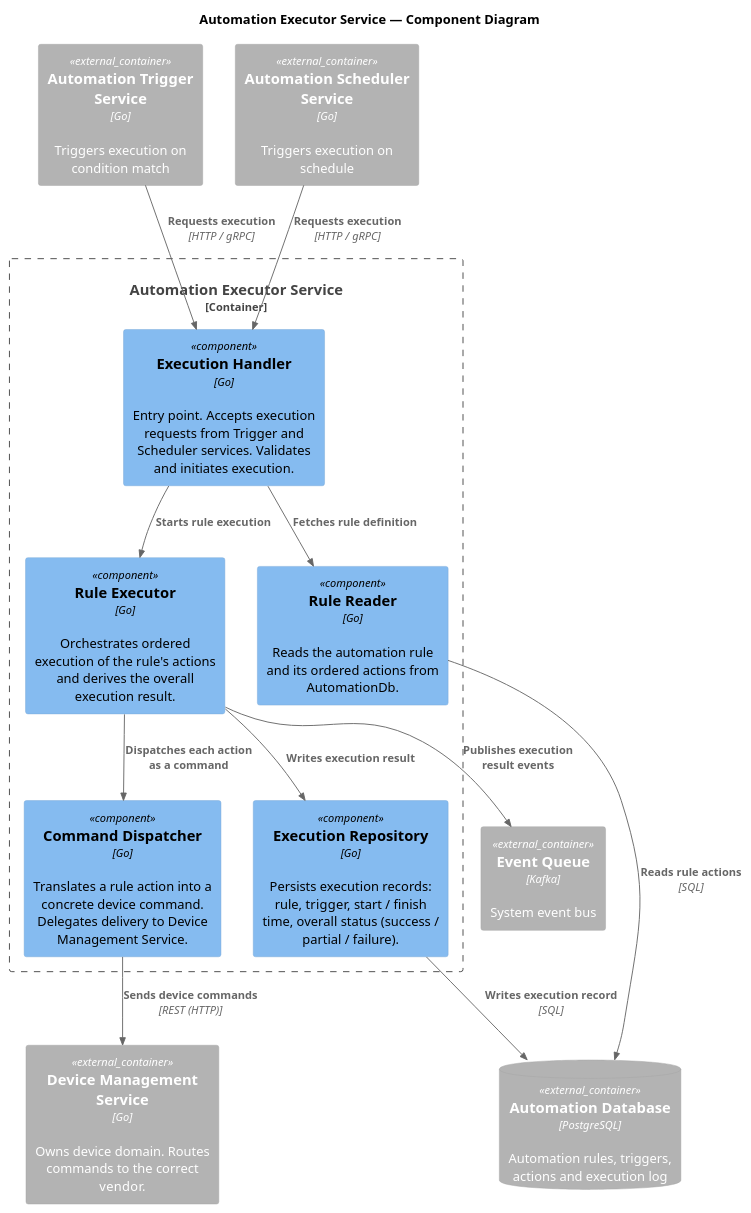
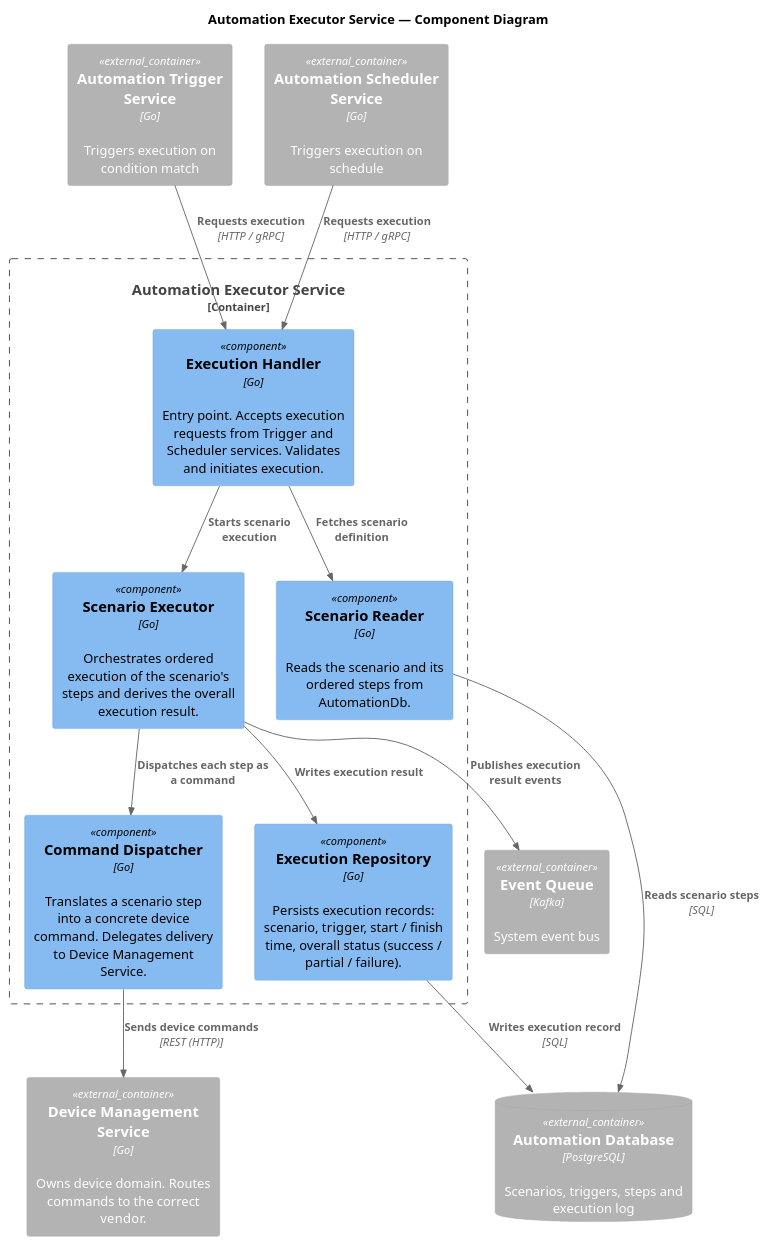
The diagram in diagrams/components/automation_executor_service.puml (eugene-milostivenko/arch_01), drawn with PlantUML before and after one commit. The commit also changed 6 other files, not shown here.

Commit message:
ref diagrams

```diff
--- a/diagrams/components/automation_executor_service.puml
+++ b/diagrams/components/automation_executor_service.puml
@@ -1,41 +1,41 @@
 @startuml
 title Automation Executor Service — Component Diagram
 top to bottom direction
 !include https://raw.githubusercontent.com/plantuml-stdlib/C4-PlantUML/master/C4_Component.puml
 
 ' ── External containers ───────────────────────────────────────────────────────
 Container_Ext(AutomationTriggerSvc,    "Automation Trigger Service",    "Go",        "Triggers execution on condition match")
 Container_Ext(AutomationSchedulerSvc,  "Automation Scheduler Service",  "Go",        "Triggers execution on schedule")
 Container_Ext(DeviceManagementSvc,     "Device Management Service",     "Go",        "Owns device domain. Routes commands to the correct vendor.")
 Container_Ext(EventQueue,              "Event Queue",                   "Kafka",     "System event bus")
-ContainerDb_Ext(AutomationDb,          "Automation Database",           "PostgreSQL","Automation rules, triggers, actions and execution log")
+ContainerDb_Ext(AutomationDb,          "Automation Database",           "PostgreSQL","Scenarios, triggers, steps and execution log")
 
 ' ── Automation Executor Service boundary ─────────────────────────────────────
 Container_Boundary(AutomationExecutorService, "Automation Executor Service") {
 
   Component(ExecutionHandler,    "Execution Handler",     "Go",            "Entry point. Accepts execution requests from Trigger and Scheduler services. Validates and initiates execution.")
-  Component(RuleReader,          "Rule Reader",           "Go",            "Reads the automation rule and its ordered actions from AutomationDb.")
-  Component(RuleExecutor,        "Rule Executor",         "Go",            "Orchestrates ordered execution of the rule's actions and derives the overall execution result.")
-  Component(CommandDispatcher,   "Command Dispatcher",    "Go",            "Translates a rule action into a concrete device command. Delegates delivery to Device Management Service.")
-  Component(ExecutionRepository, "Execution Repository",  "Go",            "Persists execution records: rule, trigger, start / finish time, overall status (success / partial / failure).")
+  Component(ScenarioReader,      "Scenario Reader",       "Go",            "Reads the scenario and its ordered steps from AutomationDb.")
+  Component(ScenarioExecutor,    "Scenario Executor",     "Go",            "Orchestrates ordered execution of the scenario's steps and derives the overall execution result.")
+  Component(CommandDispatcher,   "Command Dispatcher",    "Go",            "Translates a scenario step into a concrete device command. Delegates delivery to Device Management Service.")
+  Component(ExecutionRepository, "Execution Repository",  "Go",            "Persists execution records: scenario, trigger, start / finish time, overall status (success / partial / failure).")
 }
 
 ' ── Relations: inbound ───────────────────────────────────────────────────────
 Rel(AutomationTriggerSvc,   ExecutionHandler, "Requests execution", "HTTP / gRPC")
 Rel(AutomationSchedulerSvc, ExecutionHandler, "Requests execution", "HTTP / gRPC")
 
 ' ── Relations: internal ──────────────────────────────────────────────────────
-Rel(ExecutionHandler,  RuleReader,           "Fetches rule definition")
-Rel(ExecutionHandler,  RuleExecutor,         "Starts rule execution")
+Rel(ExecutionHandler,  ScenarioReader,       "Fetches scenario definition")
+Rel(ExecutionHandler,  ScenarioExecutor,     "Starts scenario execution")
 
-Rel(RuleExecutor,  CommandDispatcher,       "Dispatches each action as a command")
-Rel(RuleExecutor,  ExecutionRepository,     "Writes execution result")
+Rel(ScenarioExecutor,  CommandDispatcher,    "Dispatches each step as a command")
+Rel(ScenarioExecutor,  ExecutionRepository,  "Writes execution result")
 
 Rel(CommandDispatcher, DeviceManagementSvc,  "Sends device commands",   "REST (HTTP)")
 
 ' ── Relations: outbound ──────────────────────────────────────────────────────
-Rel(RuleReader,            AutomationDb,  "Reads rule actions",      "SQL")
+Rel(ScenarioReader,        AutomationDb,  "Reads scenario steps",    "SQL")
 Rel(ExecutionRepository,   AutomationDb,  "Writes execution record", "SQL")
-Rel(RuleExecutor,          EventQueue,    "Publishes execution result events")
+Rel(ScenarioExecutor,      EventQueue,    "Publishes execution result events")
 
 @enduml
```
